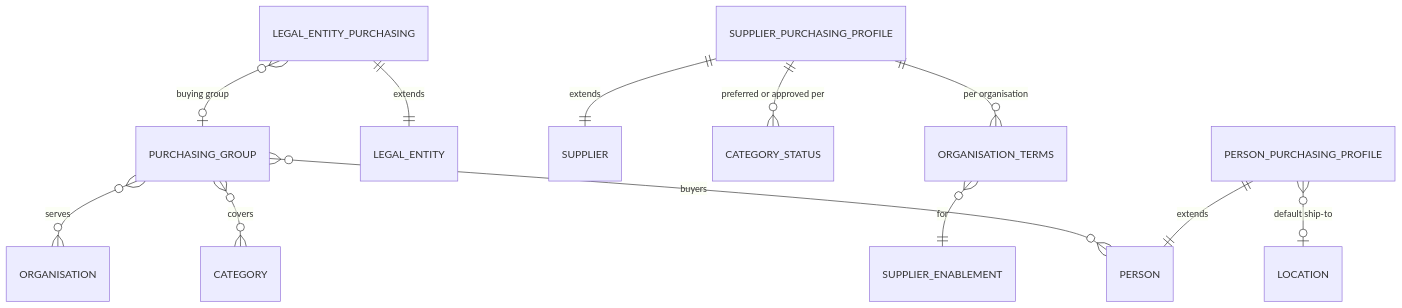
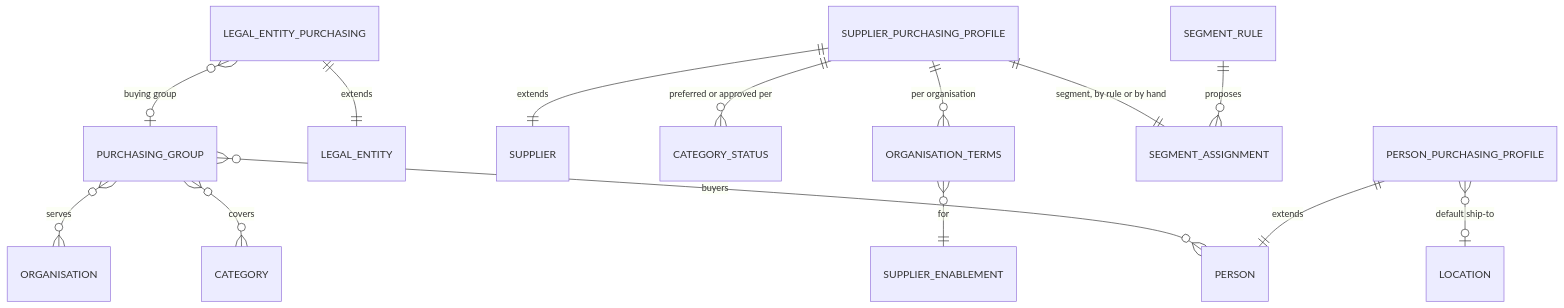
One commit to rkravuri/ironsaas changed the diagram in docs/prd/suites/procurement/purchasing-PRD.md. Above: the diagram before and after it, drawn with Mermaid. The commit also changed other lines of this file and 5 other files, not shown here.

First line of the commit message:
Kernel, business and purchasing requirements the supplier management pack needs

````diff
--- a/docs/prd/suites/procurement/purchasing-PRD.md
+++ b/docs/prd/suites/procurement/purchasing-PRD.md
@@ -60,14 +60,16 @@
 ```mermaid
 erDiagram
   PURCHASING_GROUP }o--o{ PERSON : "buyers"
   PURCHASING_GROUP }o--o{ CATEGORY : covers
   PURCHASING_GROUP }o--o{ ORGANISATION : serves
   LEGAL_ENTITY_PURCHASING ||--|| LEGAL_ENTITY : "extends"
   LEGAL_ENTITY_PURCHASING }o--o| PURCHASING_GROUP : "buying group"
   SUPPLIER_PURCHASING_PROFILE ||--|| SUPPLIER : "extends"
   SUPPLIER_PURCHASING_PROFILE ||--o{ CATEGORY_STATUS : "preferred or approved per"
   SUPPLIER_PURCHASING_PROFILE ||--o{ ORGANISATION_TERMS : "per organisation"
+  SUPPLIER_PURCHASING_PROFILE ||--|| SEGMENT_ASSIGNMENT : "segment, by rule or by hand"
+  SEGMENT_RULE ||--o{ SEGMENT_ASSIGNMENT : "proposes"
   ORGANISATION_TERMS }o--|| SUPPLIER_ENABLEMENT : "for"
   PERSON_PURCHASING_PROFILE ||--|| PERSON : "extends"
   PERSON_PURCHASING_PROFILE }o--o| LOCATION : "default ship-to"
 ```
````
